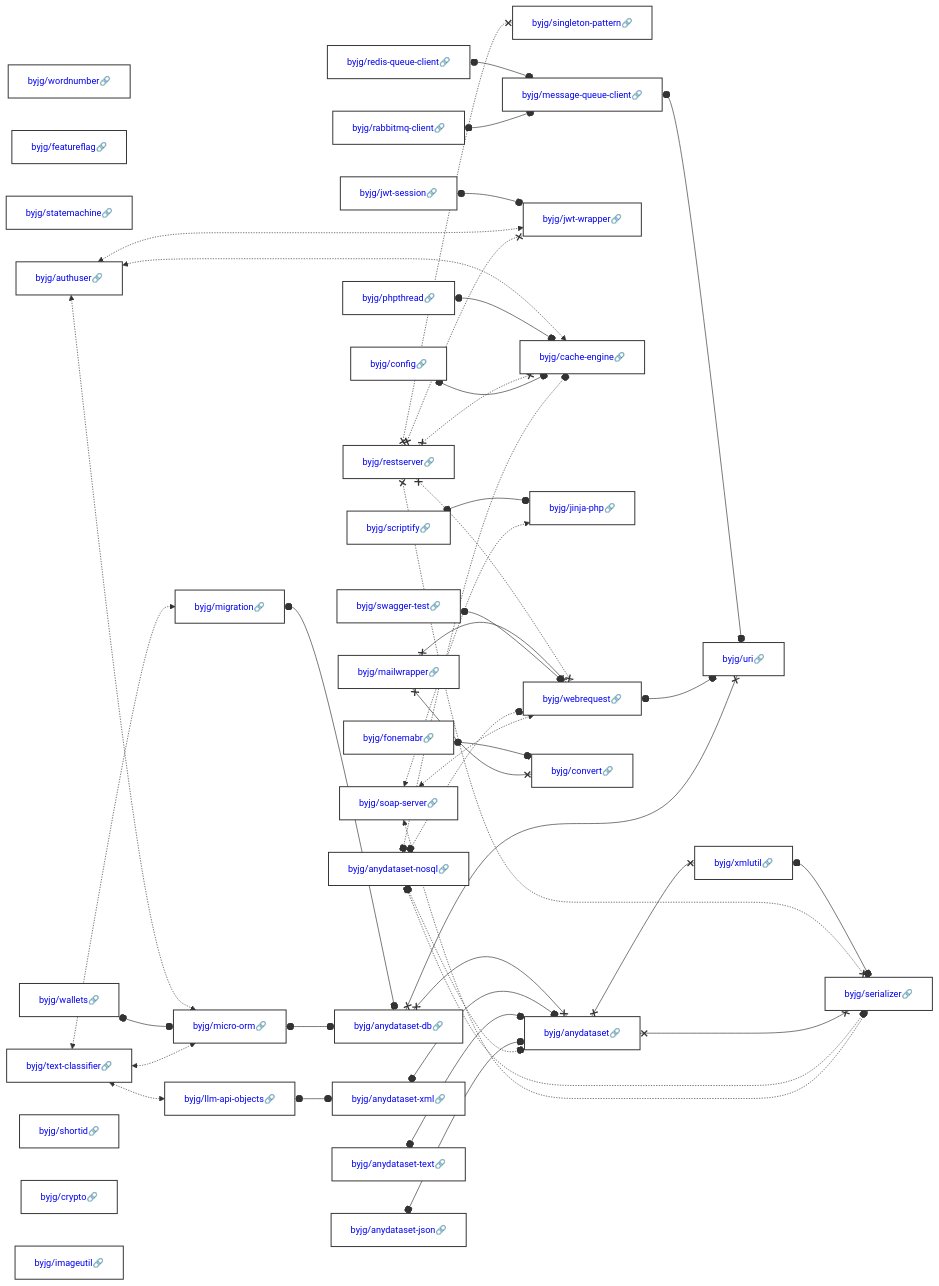
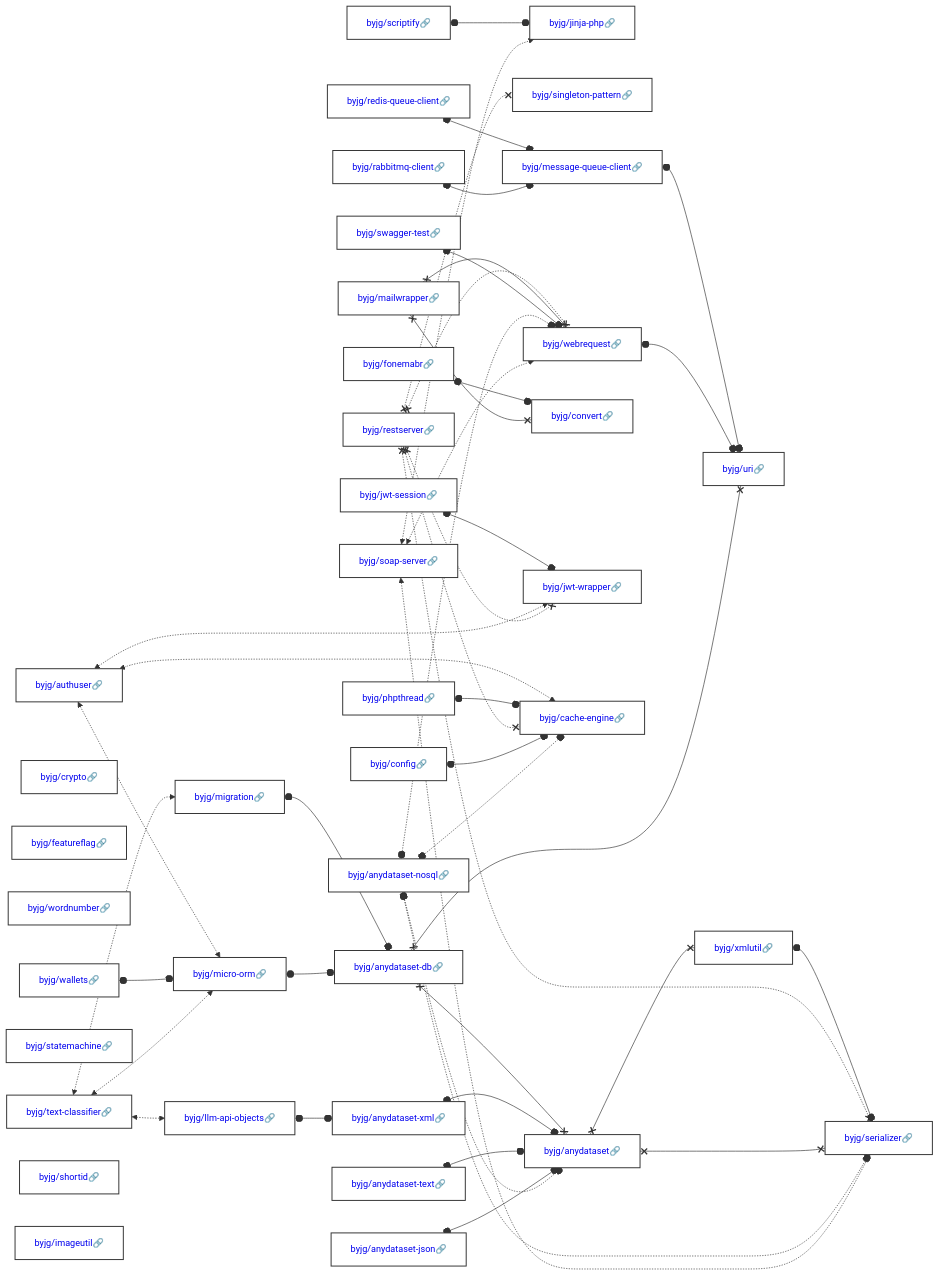
The diagram in docs/php/README.md (byjg/byjg.github.io), drawn with Mermaid before and after one commit. The commit also changed other lines of this file, not shown here.

Commit message:
Update documentation 'php' 'php-rest-reference-architecture'

````diff
--- a/docs/php/README.md
+++ b/docs/php/README.md
@@ -3,42 +3,42 @@
 ```mermaid
 graph LR;
+  byjg/anydataset-nosql[<a href='https://opensource.byjg.com/docs/php/anydataset-nosql' style='text-decoration:none'>byjg/anydataset-nosql🔗</a>];
+  byjg/text-classifier[<a href='https://opensource.byjg.com/docs/php/text-classifier' style='text-decoration:none'>byjg/text-classifier🔗</a>];
+  byjg/soap-server[<a href='https://opensource.byjg.com/docs/php/soap-server' style='text-decoration:none'>byjg/soap-server🔗</a>];
+  byjg/crypto[<a href='https://opensource.byjg.com/docs/php/crypto' style='text-decoration:none'>byjg/crypto🔗</a>];
+  byjg/featureflag[<a href='https://opensource.byjg.com/docs/php/featureflag' style='text-decoration:none'>byjg/featureflag🔗</a>];
+  byjg/redis-queue-client[<a href='https://opensource.byjg.com/docs/php/redis-queue-client' style='text-decoration:none'>byjg/redis-queue-client🔗</a>];
+  byjg/wordnumber[<a href='https://opensource.byjg.com/docs/php/wordnumber' style='text-decoration:none'>byjg/wordnumber🔗</a>];
+  byjg/mailwrapper[<a href='https://opensource.byjg.com/docs/php/mailwrapper' style='text-decoration:none'>byjg/mailwrapper🔗</a>];
+  byjg/swagger-test[<a href='https://opensource.byjg.com/docs/php/swagger-test' style='text-decoration:none'>byjg/swagger-test🔗</a>];
+  byjg/phpthread[<a href='https://opensource.byjg.com/docs/php/phpthread' style='text-decoration:none'>byjg/phpthread🔗</a>];
+  byjg/scriptify[<a href='https://opensource.byjg.com/docs/php/scriptify' style='text-decoration:none'>byjg/scriptify🔗</a>];
+  byjg/restserver[<a href='https://opensource.byjg.com/docs/php/restserver' style='text-decoration:none'>byjg/restserver🔗</a>];
+  byjg/rabbitmq-client[<a href='https://opensource.byjg.com/docs/php/rabbitmq-client' style='text-decoration:none'>byjg/rabbitmq-client🔗</a>];
+  byjg/authuser[<a href='https://opensource.byjg.com/docs/php/authuser' style='text-decoration:none'>byjg/authuser🔗</a>];
+  byjg/statemachine[<a href='https://opensource.byjg.com/docs/php/statemachine' style='text-decoration:none'>byjg/statemachine🔗</a>];
+  byjg/anydataset-json[<a href='https://opensource.byjg.com/docs/php/anydataset-json' style='text-decoration:none'>byjg/anydataset-json🔗</a>];
+  byjg/wallets[<a href='https://opensource.byjg.com/docs/php/wallets' style='text-decoration:none'>byjg/wallets🔗</a>];
+  byjg/fonemabr[<a href='https://opensource.byjg.com/docs/php/fonemabr' style='text-decoration:none'>byjg/fonemabr🔗</a>];
+  byjg/shortid[<a href='https://opensource.byjg.com/docs/php/shortid' style='text-decoration:none'>byjg/shortid🔗</a>];
   byjg/jwt-session[<a href='https://opensource.byjg.com/docs/php/jwt-session' style='text-decoration:none'>byjg/jwt-session🔗</a>];
-  byjg/wordnumber[<a href='https://opensource.byjg.com/docs/php/wordnumber' style='text-decoration:none'>byjg/wordnumber🔗</a>];
-  byjg/rabbitmq-client[<a href='https://opensource.byjg.com/docs/php/rabbitmq-client' style='text-decoration:none'>byjg/rabbitmq-client🔗</a>];
-  byjg/featureflag[<a href='https://opensource.byjg.com/docs/php/featureflag' style='text-decoration:none'>byjg/featureflag🔗</a>];
+  byjg/imageutil[<a href='https://opensource.byjg.com/docs/php/imageutil' style='text-decoration:none'>byjg/imageutil🔗</a>];
   byjg/anydataset-text[<a href='https://opensource.byjg.com/docs/php/anydataset-text' style='text-decoration:none'>byjg/anydataset-text🔗</a>];
-  byjg/swagger-test[<a href='https://opensource.byjg.com/docs/php/swagger-test' style='text-decoration:none'>byjg/swagger-test🔗</a>];
-  byjg/statemachine[<a href='https://opensource.byjg.com/docs/php/statemachine' style='text-decoration:none'>byjg/statemachine🔗</a>];
-  byjg/restserver[<a href='https://opensource.byjg.com/docs/php/restserver' style='text-decoration:none'>byjg/restserver🔗</a>];
-  byjg/mailwrapper[<a href='https://opensource.byjg.com/docs/php/mailwrapper' style='text-decoration:none'>byjg/mailwrapper🔗</a>];
-  byjg/redis-queue-client[<a href='https://opensource.byjg.com/docs/php/redis-queue-client' style='text-decoration:none'>byjg/redis-queue-client🔗</a>];
-  byjg/wallets[<a href='https://opensource.byjg.com/docs/php/wallets' style='text-decoration:none'>byjg/wallets🔗</a>];
-  byjg/authuser[<a href='https://opensource.byjg.com/docs/php/authuser' style='text-decoration:none'>byjg/authuser🔗</a>];
-  byjg/text-classifier[<a href='https://opensource.byjg.com/docs/php/text-classifier' style='text-decoration:none'>byjg/text-classifier🔗</a>];
-  byjg/shortid[<a href='https://opensource.byjg.com/docs/php/shortid' style='text-decoration:none'>byjg/shortid🔗</a>];
-  byjg/scriptify[<a href='https://opensource.byjg.com/docs/php/scriptify' style='text-decoration:none'>byjg/scriptify🔗</a>];
   byjg/config[<a href='https://opensource.byjg.com/docs/php/config' style='text-decoration:none'>byjg/config🔗</a>];
-  byjg/phpthread[<a href='https://opensource.byjg.com/docs/php/phpthread' style='text-decoration:none'>byjg/phpthread🔗</a>];
-  byjg/crypto[<a href='https://opensource.byjg.com/docs/php/crypto' style='text-decoration:none'>byjg/crypto🔗</a>];
-  byjg/imageutil[<a href='https://opensource.byjg.com/docs/php/imageutil' style='text-decoration:none'>byjg/imageutil🔗</a>];
-  byjg/anydataset-nosql[<a href='https://opensource.byjg.com/docs/php/anydataset-nosql' style='text-decoration:none'>byjg/anydataset-nosql🔗</a>];
-  byjg/soap-server[<a href='https://opensource.byjg.com/docs/php/soap-server' style='text-decoration:none'>byjg/soap-server🔗</a>];
-  byjg/anydataset-json[<a href='https://opensource.byjg.com/docs/php/anydataset-json' style='text-decoration:none'>byjg/anydataset-json🔗</a>];
-  byjg/fonemabr[<a href='https://opensource.byjg.com/docs/php/fonemabr' style='text-decoration:none'>byjg/fonemabr🔗</a>];
-  byjg/singleton-pattern[<a href='https://opensource.byjg.com/docs/php/singleton-pattern' style='text-decoration:none'>byjg/singleton-pattern🔗</a>];
-  byjg/message-queue-client[<a href='https://opensource.byjg.com/docs/php/message-queue-client' style='text-decoration:none'>byjg/message-queue-client🔗</a>];
-  byjg/jwt-wrapper[<a href='https://opensource.byjg.com/docs/php/jwt-wrapper' style='text-decoration:none'>byjg/jwt-wrapper🔗</a>];
-  byjg/micro-orm[<a href='https://opensource.byjg.com/docs/php/micro-orm' style='text-decoration:none'>byjg/micro-orm🔗</a>];
   byjg/migration[<a href='https://opensource.byjg.com/docs/php/migration' style='text-decoration:none'>byjg/migration🔗</a>];
   byjg/llm-api-objects[<a href='https://opensource.byjg.com/docs/php/llm-api-objects' style='text-decoration:none'>byjg/llm-api-objects🔗</a>];
+  byjg/jinja-php[<a href='https://opensource.byjg.com/docs/php/jinja-php' style='text-decoration:none'>byjg/jinja-php🔗</a>];
+  byjg/singleton-pattern[<a href='https://opensource.byjg.com/docs/php/singleton-pattern' style='text-decoration:none'>byjg/singleton-pattern🔗</a>];
+  byjg/webrequest[<a href='https://opensource.byjg.com/docs/php/webrequest' style='text-decoration:none'>byjg/webrequest🔗</a>];
+  byjg/message-queue-client[<a href='https://opensource.byjg.com/docs/php/message-queue-client' style='text-decoration:none'>byjg/message-queue-client🔗</a>];
+  byjg/micro-orm[<a href='https://opensource.byjg.com/docs/php/micro-orm' style='text-decoration:none'>byjg/micro-orm🔗</a>];
+  byjg/convert[<a href='https://opensource.byjg.com/docs/php/convert' style='text-decoration:none'>byjg/convert🔗</a>];
+  byjg/jwt-wrapper[<a href='https://opensource.byjg.com/docs/php/jwt-wrapper' style='text-decoration:none'>byjg/jwt-wrapper🔗</a>];
   byjg/cache-engine[<a href='https://opensource.byjg.com/docs/php/cache-engine' style='text-decoration:none'>byjg/cache-engine🔗</a>];
-  byjg/jinja-php[<a href='https://opensource.byjg.com/docs/php/jinja-php' style='text-decoration:none'>byjg/jinja-php🔗</a>];
-  byjg/webrequest[<a href='https://opensource.byjg.com/docs/php/webrequest' style='text-decoration:none'>byjg/webrequest🔗</a>];
-  byjg/convert[<a href='https://opensource.byjg.com/docs/php/convert' style='text-decoration:none'>byjg/convert🔗</a>];
+  byjg/anydataset-xml[<a href='https://opensource.byjg.com/docs/php/anydataset-xml' style='text-decoration:none'>byjg/anydataset-xml🔗</a>];
   byjg/anydataset-db[<a href='https://opensource.byjg.com/docs/php/anydataset-db' style='text-decoration:none'>byjg/anydataset-db🔗</a>];
-  byjg/anydataset-xml[<a href='https://opensource.byjg.com/docs/php/anydataset-xml' style='text-decoration:none'>byjg/anydataset-xml🔗</a>];
+  byjg/anydataset[<a href='https://opensource.byjg.com/docs/php/anydataset' style='text-decoration:none'>byjg/anydataset🔗</a>];
   byjg/uri[<a href='https://opensource.byjg.com/docs/php/uri' style='text-decoration:none'>byjg/uri🔗</a>];
-  byjg/anydataset[<a href='https://opensource.byjg.com/docs/php/anydataset' style='text-decoration:none'>byjg/anydataset🔗</a>];
   byjg/xmlutil[<a href='https://opensource.byjg.com/docs/php/xmlutil' style='text-decoration:none'>byjg/xmlutil🔗</a>];
   byjg/serializer[<a href='https://opensource.byjg.com/docs/php/serializer' style='text-decoration:none'>byjg/serializer🔗</a>];
   byjg/soap-server <-.-> byjg/jinja-php;
````
